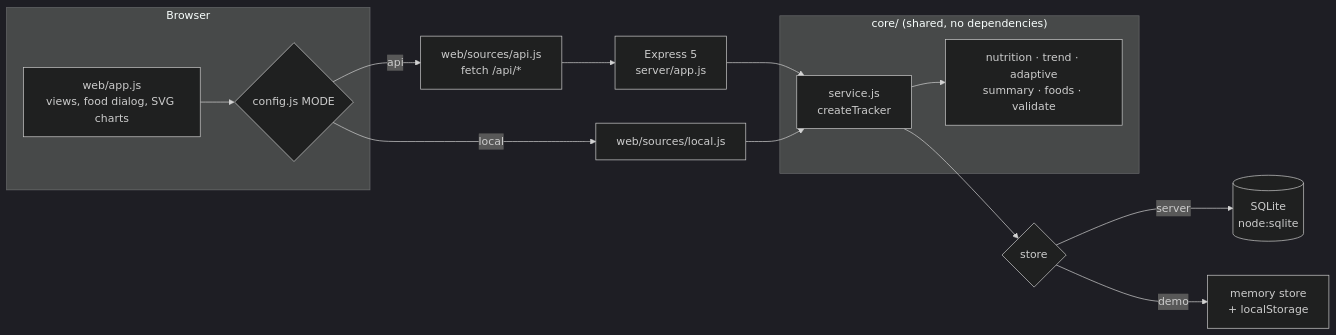
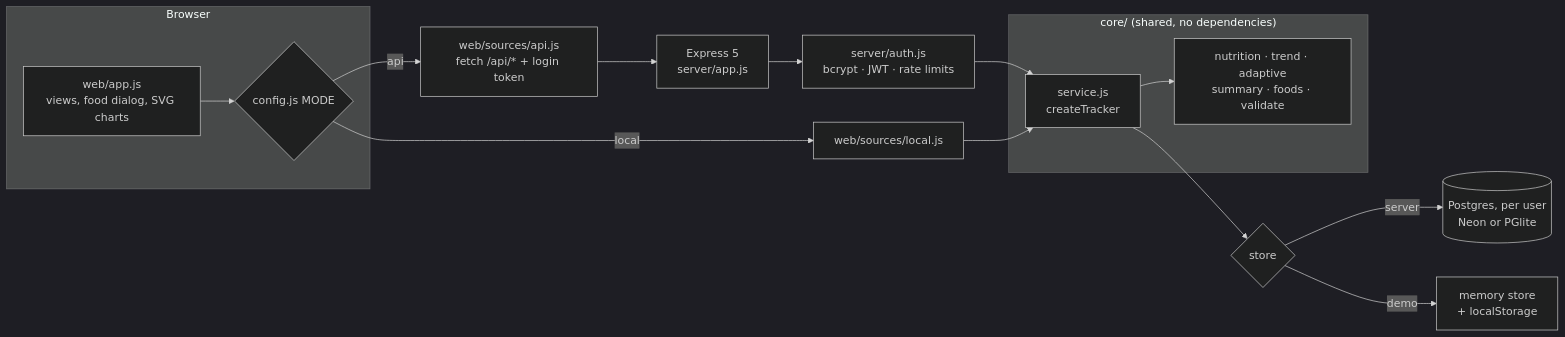
One commit to EthanYap123/calorie-weight-tracker changed the diagram in README.md. Above: the diagram before and after it, drawn with Mermaid (dark theme). The commit also changed other lines of this file and 25 other files, not shown here.

````diff
--- a/README.md
+++ b/README.md
@@ -65,19 +67,20 @@
 ```mermaid
 flowchart LR
   subgraph Browser
     UI[web/app.js<br/>views, food dialog, SVG charts]
     UI --> SRC{config.js MODE}
   end
-  SRC -->|api| API[web/sources/api.js<br/>fetch /api/*]
+  SRC -->|api| API[web/sources/api.js<br/>fetch /api/* + login token]
   SRC -->|local| LOC[web/sources/local.js]
   API --> EX[Express 5<br/>server/app.js]
-  EX --> SVC
+  EX --> AUTH[server/auth.js<br/>bcrypt · JWT · rate limits]
+  AUTH --> SVC
   LOC --> SVC
   subgraph core["core/ (shared, no dependencies)"]
     SVC[service.js<br/>createTracker]
     SVC --> CALC[nutrition · trend · adaptive<br/>summary · foods · validate]
   end
   SVC --> STORE{store}
-  STORE -->|server| SQL[(SQLite<br/>node:sqlite)]
+  STORE -->|server| SQL[(Postgres, per user<br/>Neon or PGlite)]
   STORE -->|demo| MEM[memory store<br/>+ localStorage]
 ```
````
